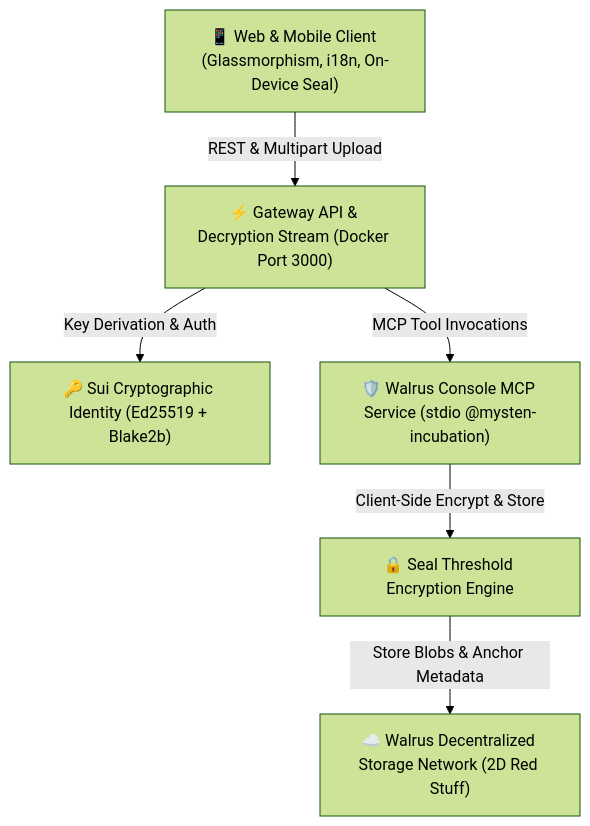
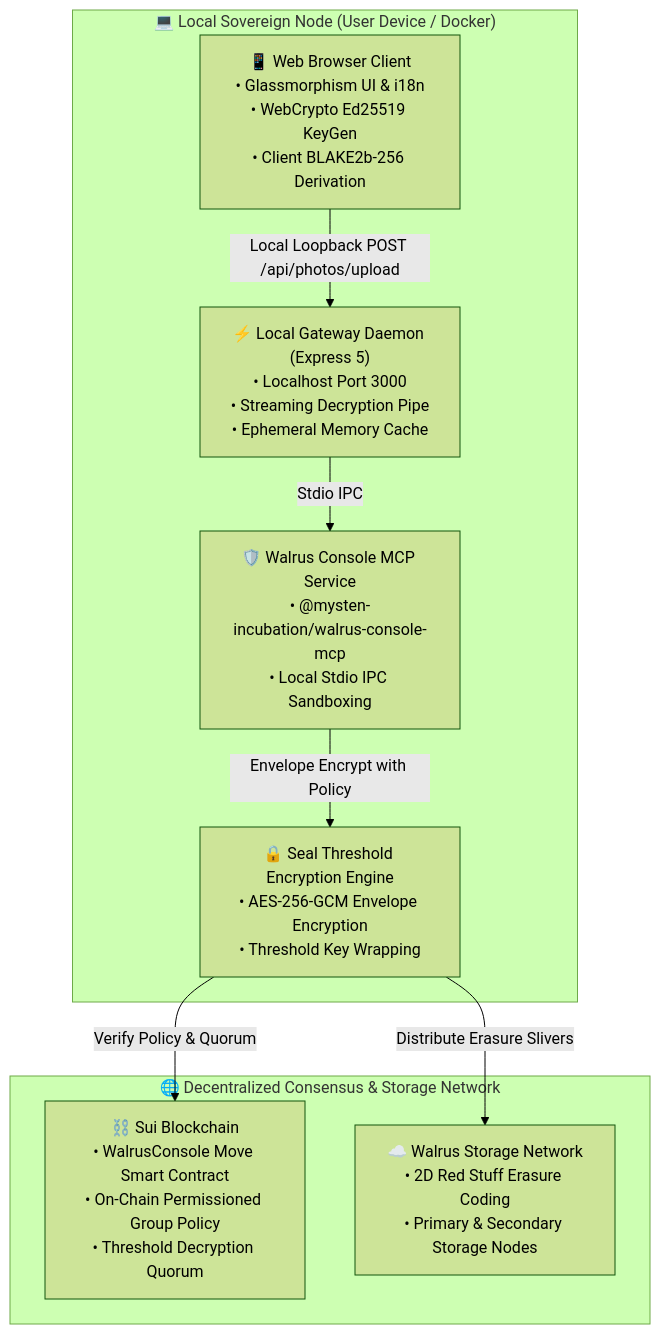
The diagram in README.md (samuelcampozano/SUIGALLERY), drawn with Mermaid (forest theme) before and after one commit. The commit also changed other lines of this file and 7 other files, not shown here.

Commit message:
feat(security): implement in-browser WebCrypto keygen, end-to-end crypto-shredding tests, and sanitize README legal terms

````diff
--- a/README.md
+++ b/README.md
@@ -28,15 +28,20 @@
 ```mermaid
 graph TD
-    Client["📱 Web & Mobile Client (Glassmorphism, i18n, On-Device Seal)"]
-    Express["⚡ Gateway API & Decryption Stream (Docker Port 3000)"]
-    SuiCrypto["🔑 Sui Cryptographic Identity (Ed25519 + Blake2b)"]
-    WalrusMCP["🛡️ Walrus Console MCP Service (stdio @mysten-incubation)"]
-    WalrusNet["☁️ Walrus Decentralized Storage Network (2D Red Stuff)"]
-    SealEng["🔒 Seal Threshold Encryption Engine"]
+    subgraph Local Sovereign Environment ["💻 Local Sovereign Node (User Device / Docker)"]
+        Browser["📱 Web Browser Client<br/>• Glassmorphism UI & i18n<br/>• WebCrypto Ed25519 KeyGen<br/>• Client BLAKE2b-256 Derivation"]
+        Gateway["⚡ Local Gateway Daemon (Express 5)<br/>• Localhost Port 3000<br/>• Streaming Decryption Pipe<br/>• Ephemeral Memory Cache"]
+        MCP["🛡️ Walrus Console MCP Service<br/>• @mysten-incubation/walrus-console-mcp<br/>• Local Stdio IPC Sandboxing"]
+        Seal["🔒 Seal Threshold Encryption Engine<br/>• AES-256-GCM Envelope Encryption<br/>• Threshold Key Wrapping"]
+    end
 
-    Client -->|REST & Multipart Upload| Express
-    Express -->|Key Derivation & Auth| SuiCrypto
-    Express -->|MCP Tool Invocations| WalrusMCP
-    WalrusMCP -->|Client-Side Encrypt & Store| SealEng
-    SealEng -->|Store Blobs & Anchor Metadata| WalrusNet
+    subgraph Decentralized Web3 Infrastructure ["🌐 Decentralized Consensus & Storage Network"]
+        Sui["⛓️ Sui Blockchain<br/>• WalrusConsole Move Smart Contract<br/>• On-Chain Permissioned Group Policy<br/>• Threshold Decryption Quorum"]
+        Walrus["☁️ Walrus Storage Network<br/>• 2D Red Stuff Erasure Coding<br/>• Primary & Secondary Storage Nodes"]
+    end
+
+    Browser -->|Local Loopback POST /api/photos/upload| Gateway
+    Gateway -->|Stdio IPC| MCP
+    MCP -->|Envelope Encrypt with Policy| Seal
+    Seal -->|Verify Policy & Quorum| Sui
+    Seal -->|Distribute Erasure Slivers| Walrus
 ```
````
